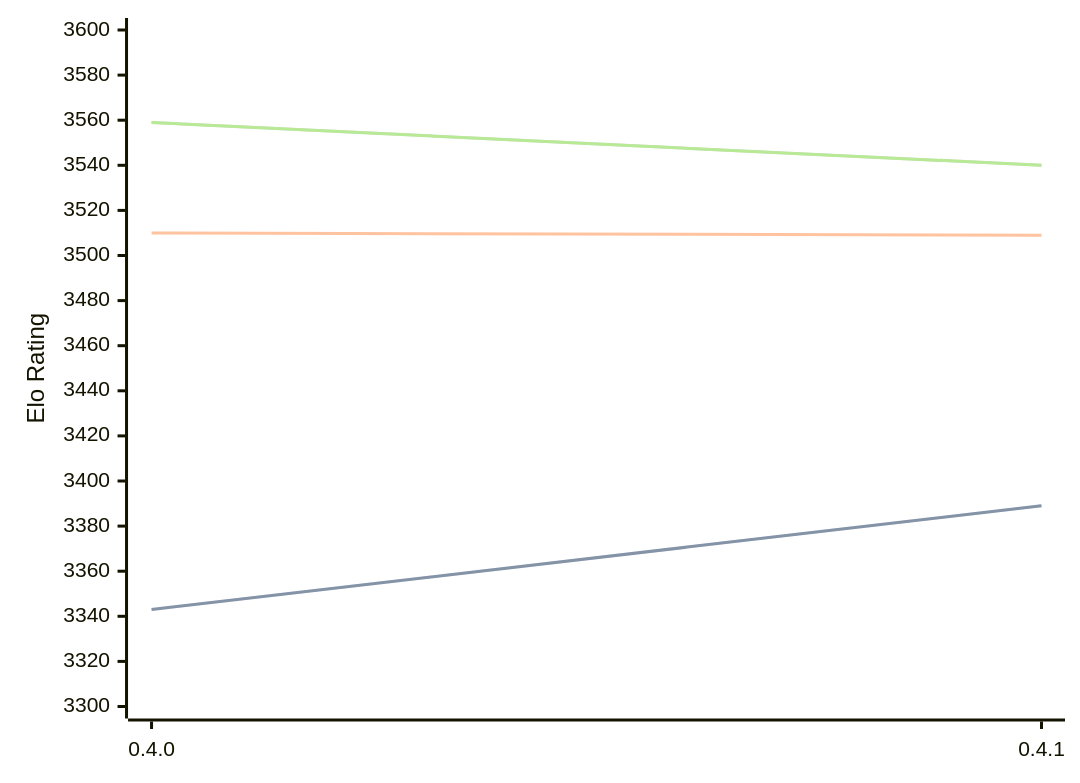
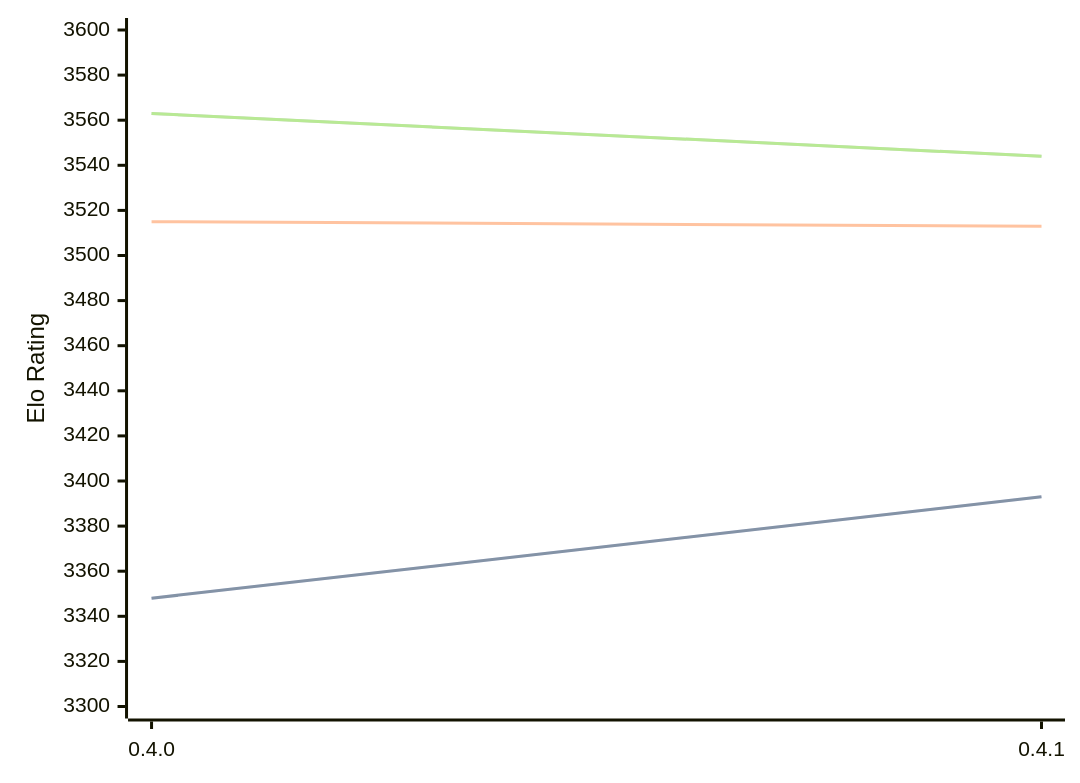
Before and after one commit to computer-chess-index/cci: the diagram in engines/Cinder.md, drawn with Mermaid. The commit also changed other lines of this file, not shown here.

Commit message:
Update CCI Ratings (ELO VLTC) - 2026-04-18

````diff
--- a/engines/Cinder.md
+++ b/engines/Cinder.md
@@ -40,11 +40,11 @@
 ```mermaid
 %%{init: {"theme":"base","themeVariables":{"seriesColors:['#a3a3a3','#222221','#faa371']}}}%%
 xychart-beta
   x-axis ["0.4.0", "0.4.1"]
   y-axis "Elo Rating" 3300 --> 3600
-  line "STC (8.0+0.08s)" [3343, 3389]
-  line "STC (8.0+0.08s)" [3343, 3389]
-  line "LTC (60.0+0.60s)" [3510, 3509]
-  line "VLTC (2m24s+1.12s)" [3559, 3540]
-  line "VLTC (2m24s+1.12s)" [3559, 3540]
+  line "STC (8.0+0.08s)" [3348, 3393]
+  line "STC (8.0+0.08s)" [3348, 3393]
+  line "LTC (60.0+0.60s)" [3515, 3513]
+  line "VLTC (2m24s+1.12s)" [3563, 3544]
+  line "VLTC (2m24s+1.12s)" [3563, 3544]
 ```
````
